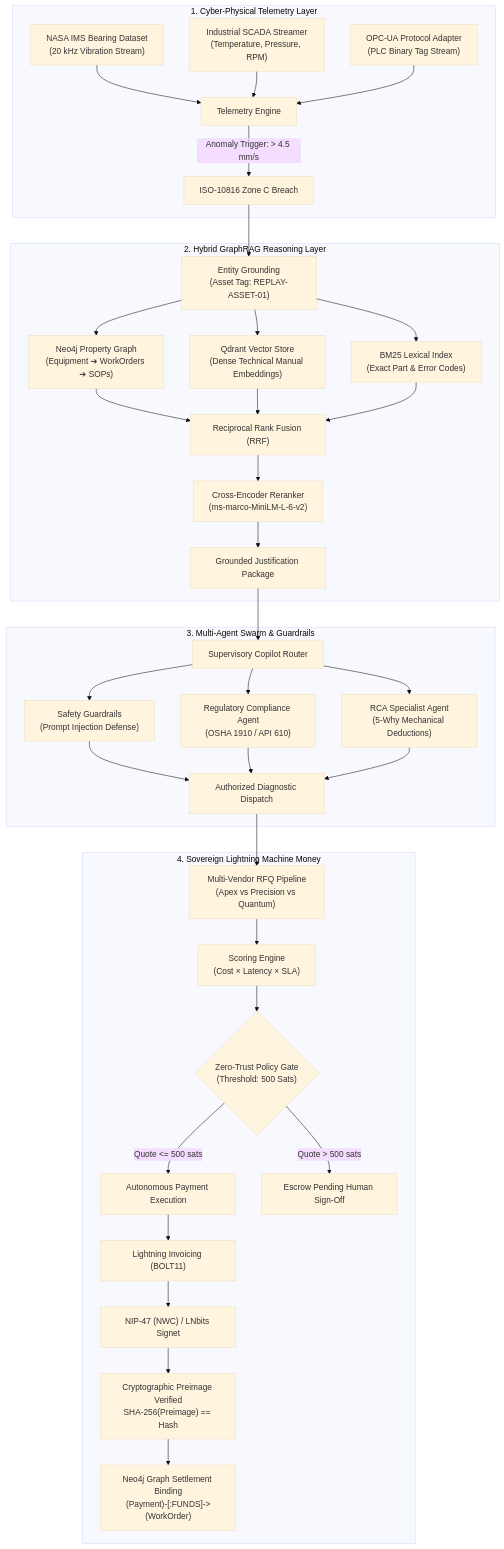
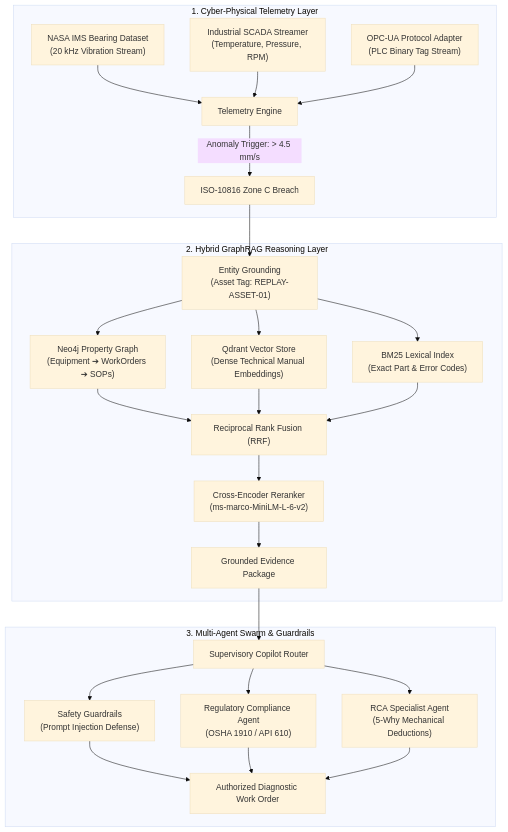
Before and after one commit to Niss54/Aurag: the second of 2 diagrams in WISPR_EVIDENCE.md, drawn with Mermaid (base theme). The commit also changed other lines of this file and 9 other files, not shown here.

Commit message:
docs: streamline presentation for Hacker House Goa Wispr Flow shortlisting task, archive machine money, unify test counts, and add demo video

````diff
--- a/WISPR_EVIDENCE.md
+++ b/WISPR_EVIDENCE.md
@@ -571,39 +571,27 @@
 ```mermaid
 flowchart TD
     subgraph SENSORS["1. Cyber-Physical Telemetry Layer"]
         A1["NASA IMS Bearing Dataset<br/>(20 kHz Vibration Stream)"] --> S1["Telemetry Engine"]
         A2["Industrial SCADA Streamer<br/>(Temperature, Pressure, RPM)"] --> S1
         A3["OPC-UA Protocol Adapter<br/>(PLC Binary Tag Stream)"] --> S1
         S1 -->|Anomaly Trigger: > 4.5 mm/s| ANOMALY["ISO-10816 Zone C Breach"]
     end
 
     subgraph GRAPHRAG["2. Hybrid GraphRAG Reasoning Layer"]
         ANOMALY --> G1["Entity Grounding<br/>(Asset Tag: REPLAY-ASSET-01)"]
         G1 --> G2["Neo4j Property Graph<br/>(Equipment ➔ WorkOrders ➔ SOPs)"]
         G1 --> G3["Qdrant Vector Store<br/>(Dense Technical Manual Embeddings)"]
         G1 --> G4["BM25 Lexical Index<br/>(Exact Part & Error Codes)"]
         G2 & G3 & G4 --> G5["Reciprocal Rank Fusion (RRF)"]
         G5 --> G6["Cross-Encoder Reranker<br/>(ms-marco-MiniLM-L-6-v2)"]
-        G6 --> JUSTIFICATION["Grounded Justification Package"]
+        G6 --> JUSTIFICATION["Grounded Evidence Package"]
     end
 
     subgraph SWARM["3. Multi-Agent Swarm & Guardrails"]
         JUSTIFICATION --> SW1["Supervisory Copilot Router"]
         SW1 --> SW2["Safety Guardrails<br/>(Prompt Injection Defense)"]
         SW1 --> SW3["Regulatory Compliance Agent<br/>(OSHA 1910 / API 610)"]
         SW1 --> SW4["RCA Specialist Agent<br/>(5-Why Mechanical Deductions)"]
-        SW2 & SW3 & SW4 --> DISPATCH["Authorized Diagnostic Dispatch"]
-    end
-
-    subgraph SETTLEMENT["4. Sovereign Lightning Machine Money"]
-        DISPATCH --> M1["Multi-Vendor RFQ Pipeline<br/>(Apex vs Precision vs Quantum)"]
-        M1 --> M2["Scoring Engine<br/>(Cost × Latency × SLA)"]
-        M2 --> M3{"Zero-Trust Policy Gate<br/>(Threshold: 500 Sats)"}
-        M3 -->|Quote <= 500 sats| M4["Autonomous Payment Execution"]
-        M3 -->|Quote > 500 sats| M5["Escrow Pending Human Sign-Off"]
-        M4 --> M6["Lightning Invoicing (BOLT11)"]
-        M6 --> M7["NIP-47 (NWC) / LNbits Signet"]
-        M7 --> M8["Cryptographic Preimage Verified<br/>SHA-256(Preimage) == Hash"]
-        M8 --> M9["Neo4j Graph Settlement Binding<br/>(Payment)-[:FUNDS]->(WorkOrder)"]
+        SW2 & SW3 & SW4 --> DISPATCH["Authorized Diagnostic Work Order"]
     end
 ```
````
